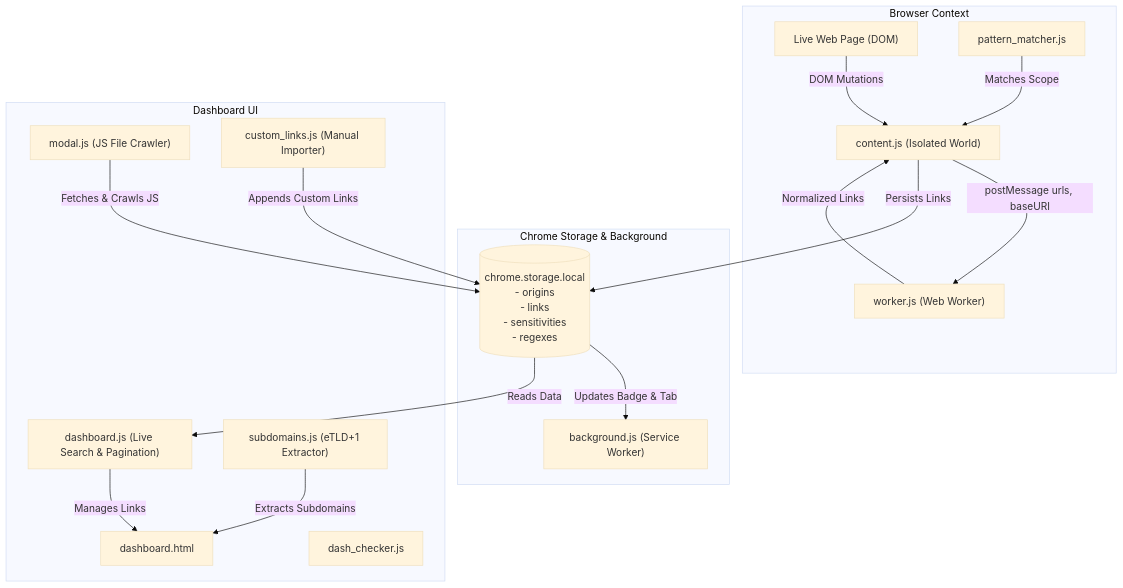
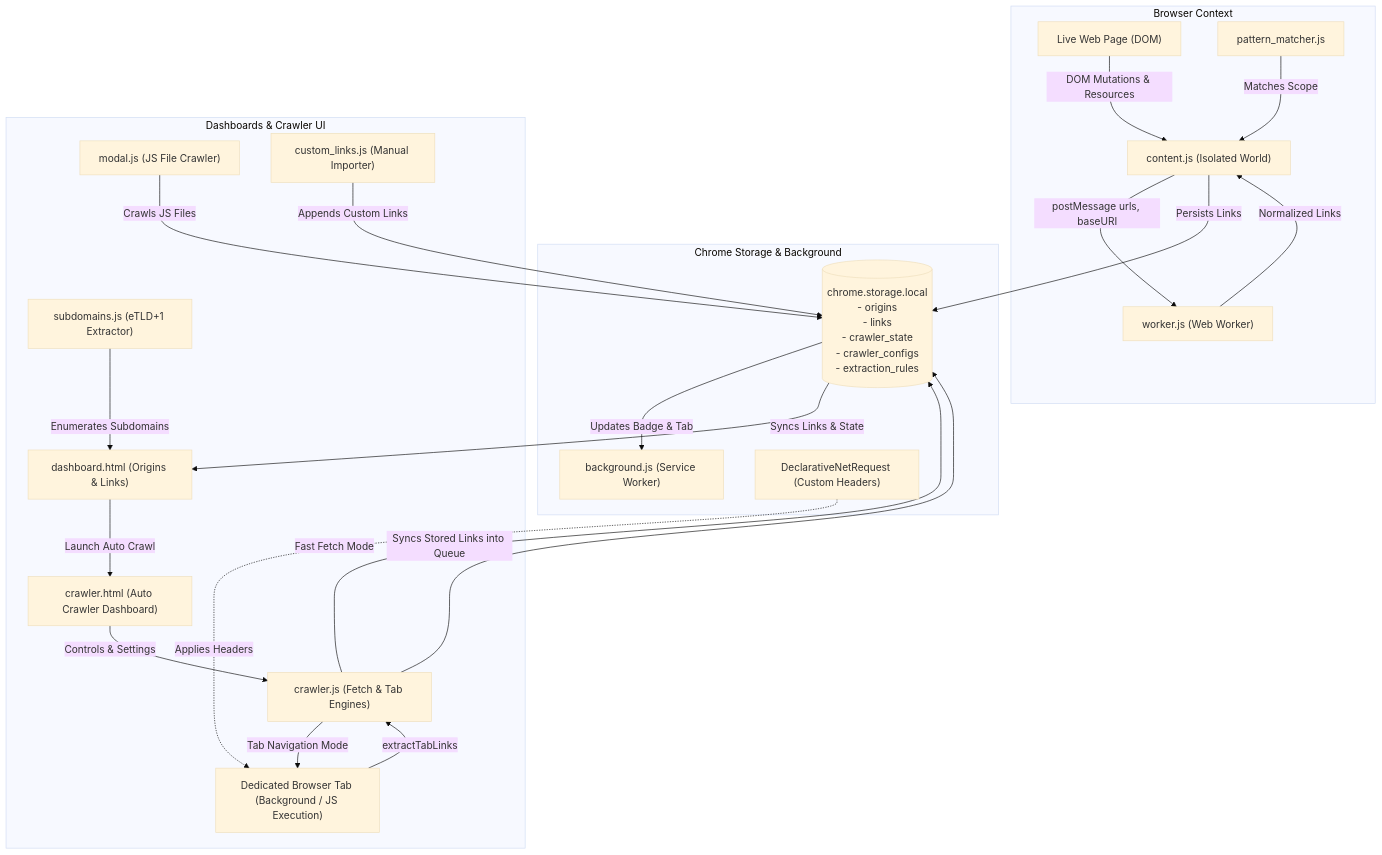
One commit to alimehridev/Automatic-Link-Extractor-Chrome-extension changed the diagram in README.md. Above: the diagram before and after it, drawn with Mermaid (base theme). The commit also changed other lines of this file and 4 other files, not shown here.

Commit message:
feat(crawler): add live queue sync, unlimited crawl capacity, tab background focus lock & docs

````diff
--- a/README.md
+++ b/README.md
@@ -84,35 +96,43 @@
 ```mermaid
 flowchart TD
     subgraph Browser Context
         DOM["Live Web Page (DOM)"]
         PM["pattern_matcher.js"]
         CS["content.js (Isolated World)"]
         WW["worker.js (Web Worker)"]
     end
 
     subgraph Chrome Storage & Background
         SW["background.js (Service Worker)"]
-        Storage[("chrome.storage.local\n- origins\n- links\n- sensitivities\n- regexes")]
+        DNR["DeclarativeNetRequest (Custom Headers)"]
+        Storage[("chrome.storage.local\n- origins\n- links\n- crawler_state\n- crawler_configs\n- extraction_rules")]
     end
 
-    subgraph Dashboard UI
-        Dash["dashboard.html"]
-        Checker["dash_checker.js"]
-        Controller["dashboard.js (Live Search & Pagination)"]
+    subgraph Dashboards & Crawler UI
+        Dash["dashboard.html (Origins & Links)"]
+        CrawlerUI["crawler.html (Auto Crawler Dashboard)"]
+        CrawlerEngine["crawler.js (Fetch & Tab Engines)"]
+        CrawlerTab["Dedicated Browser Tab (Background / JS Execution)"]
         CrawlerModal["modal.js (JS File Crawler)"]
         SubModal["subdomains.js (eTLD+1 Extractor)"]
         CustomModal["custom_links.js (Manual Importer)"]
     end
 
-    DOM -->|DOM Mutations| CS
+    DOM -->|DOM Mutations & Resources| CS
     PM -->|Matches Scope| CS
     CS -->|postMessage urls, baseURI| WW
     WW -->|Normalized Links| CS
     CS -->|Persists Links| Storage
     Storage -->|Updates Badge & Tab| SW
-    Storage -->|Reads Data| Controller
-    Controller -->|Manages Links| Dash
-    CrawlerModal -->|Fetches & Crawls JS| Storage
-    SubModal -->|Extracts Subdomains| Dash
+    Storage -->|Syncs Links & State| Dash
+    Dash -->|Launch Auto Crawl| CrawlerUI
+    CrawlerUI -->|Controls & Settings| CrawlerEngine
+    CrawlerEngine -->|Fast Fetch Mode| Storage
+    CrawlerEngine -->|Tab Navigation Mode| CrawlerTab
+    CrawlerTab -->|extractTabLinks| CrawlerEngine
+    DNR -.->|Applies Headers| CrawlerTab
+    CrawlerEngine -->|Syncs Stored Links into Queue| Storage
+    CrawlerModal -->|Crawls JS Files| Storage
+    SubModal -->|Enumerates Subdomains| Dash
     CustomModal -->|Appends Custom Links| Storage
 ```
````
